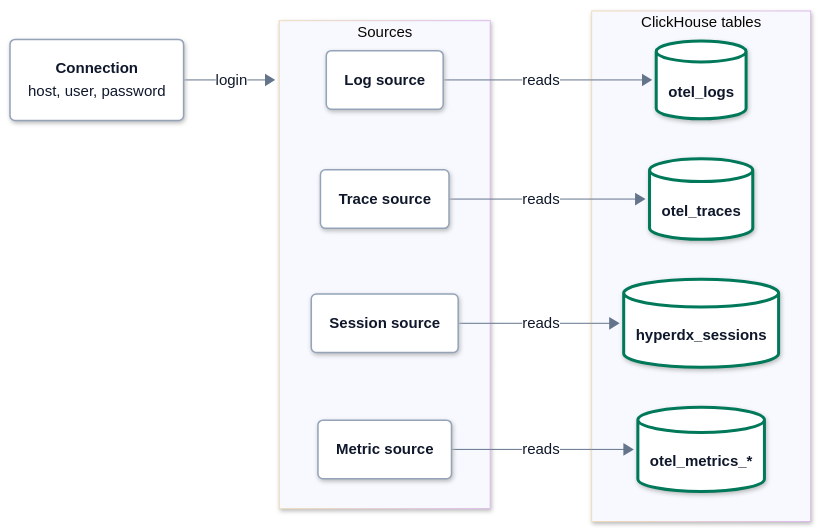
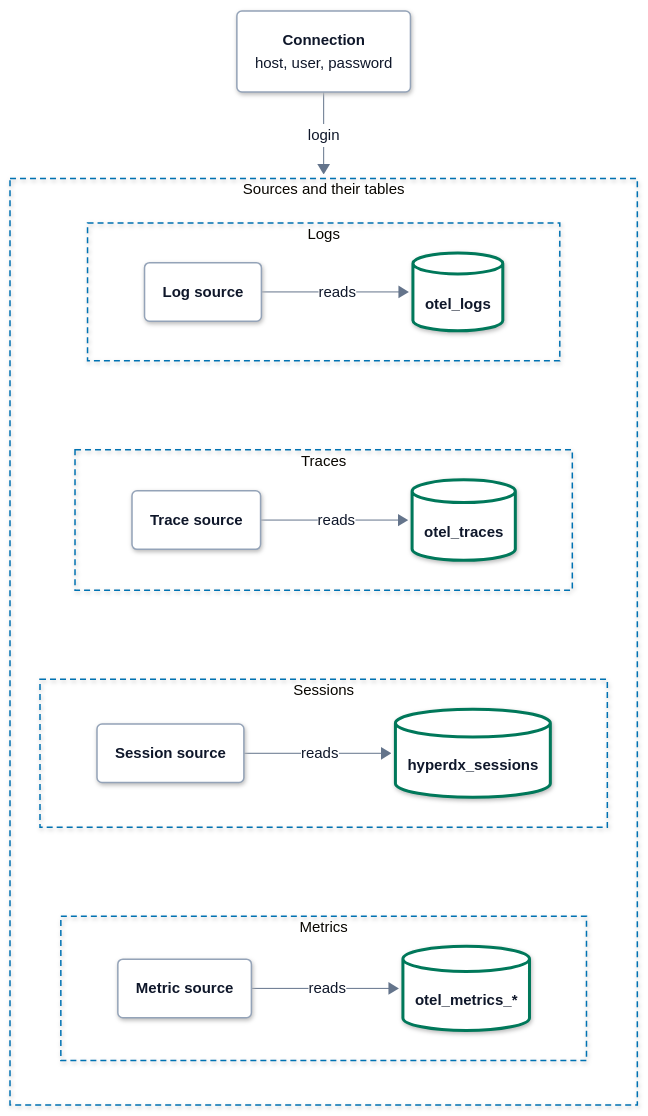
The first of 2 diagrams in docs/architecture/clickhouse-data-model.md (hyperi-io/dfe-hyperdx), drawn with Mermaid before and after one commit. The commit also changed 15 other files, not shown here.

First line of the commit message:
docs(architecture): add the architecture page and fit every flowchart (#234)

````diff
--- a/docs/architecture/clickhouse-data-model.md
+++ b/docs/architecture/clickhouse-data-model.md
@@ -56,27 +56,33 @@
     .ui .label-icon{color:#D9480F}
     .ext .label-icon{color:#64748B}
 ---
-flowchart LR
+flowchart TB
   accTitle: L4 Detail -- Sources and tables
   accDescr: A connection holds the ClickHouse login. Log, trace, session and metric sources each read their own table through it.
   conn("<b>Connection</b><br/><span>host, user, password</span>")
-  subgraph sources["Sources"]
-    srclog("<b>Log source</b>")
-    srctrace("<b>Trace source</b>")
-    srcsession("<b>Session source</b>")
-    srcmetric("<b>Metric source</b>")
-  end
-  subgraph tables["ClickHouse tables"]
-    logs[("<b>otel_logs</b>")]
-    traces[("<b>otel_traces</b>")]
-    sessions[("<b>hyperdx_sessions</b>")]
-    metrics[("<b>otel_metrics_*</b>")]
+  subgraph sources["Sources and their tables"]
+    direction TB
+    subgraph p1["Logs"]
+      direction LR
+      srclog("<b>Log source</b>") -->|reads| logs[("<b>otel_logs</b>")]
+    end
+    subgraph p2["Traces"]
+      direction LR
+      srctrace("<b>Trace source</b>") -->|reads| traces[("<b>otel_traces</b>")]
+    end
+    subgraph p3["Sessions"]
+      direction LR
+      srcsession("<b>Session source</b>") -->|reads| sessions[("<b>hyperdx_sessions</b>")]
+    end
+    subgraph p4["Metrics"]
+      direction LR
+      srcmetric("<b>Metric source</b>") -->|reads| metrics[("<b>otel_metrics_*</b>")]
+    end
+    p1 ~~~ p2 ~~~ p3 ~~~ p4
   end
   conn -->|login| sources
-  srclog -->|reads| logs
-  srctrace -->|reads| traces
-  srcsession -->|reads| sessions
-  srcmetric -->|reads| metrics
+  class conn,srclog,srctrace,srcsession,srcmetric part
+  class logs,traces,sessions,metrics store
   classDef ext fill:#F4F6F8,stroke:#94A3B8,stroke-width:1.5px,stroke-dasharray:5 4,color:#0F172A
   classDef ingest fill:#FFFFFF,stroke:#0E8A7D,stroke-width:3px,color:#0F172A
   classDef xform fill:#FFFFFF,stroke:#7B4FB0,stroke-width:3px,color:#0F172A
@@ -88,6 +94,9 @@
   classDef error fill:#FFFFFF,stroke:#C2410C,stroke-width:3px,color:#0F172A
   classDef control fill:#FFFFFF,stroke:#334155,stroke-width:3px,color:#0F172A
   classDef part fill:#FFFFFF,stroke:#94A3B8,stroke-width:1.5px,color:#0F172A
-  class conn,srclog,srctrace,srcsession,srcmetric part
-  class logs,traces,sessions,metrics store
+  style sources fill:none,stroke:#0072B2,stroke-width:1.5px,stroke-dasharray:6 4
+  style p1 fill:none,stroke:#0072B2,stroke-width:1.5px,stroke-dasharray:6 4
+  style p2 fill:none,stroke:#0072B2,stroke-width:1.5px,stroke-dasharray:6 4
+  style p3 fill:none,stroke:#0072B2,stroke-width:1.5px,stroke-dasharray:6 4
+  style p4 fill:none,stroke:#0072B2,stroke-width:1.5px,stroke-dasharray:6 4
 ```
````
